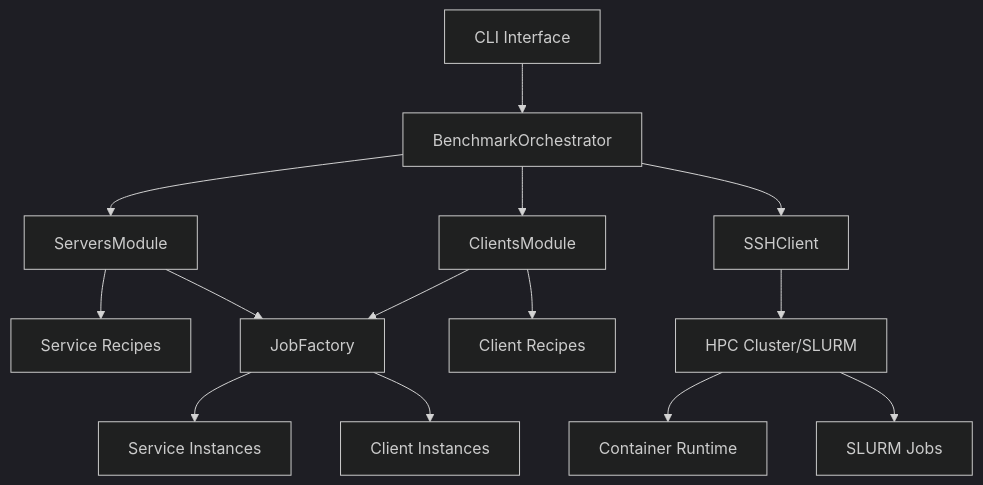
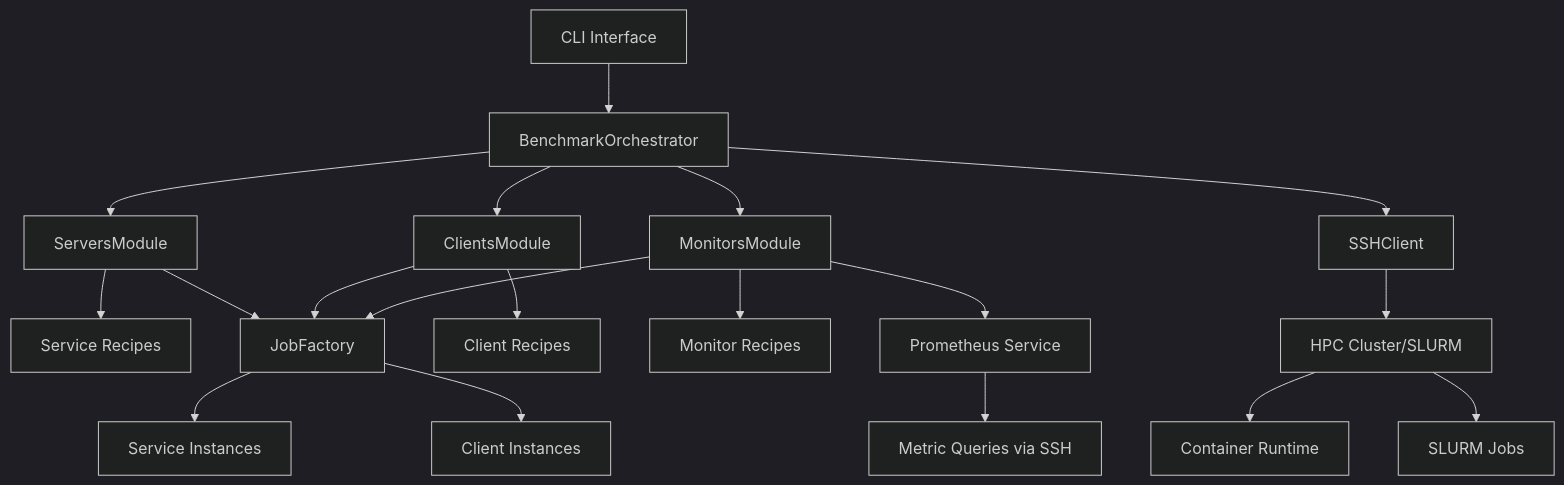
Before and after one commit to ChrisKarg/team10_EUMASTER4HPC2526_challenge: the first of 8 diagrams in docs/ARCHITECTURE_DOCUMENTATION.md, drawn with Mermaid (dark theme). The commit also changed other lines of this file and 11 other files, not shown here.

Commit message:
Added basic Prometheus service to monitor other services

````diff
--- a/docs/ARCHITECTURE_DOCUMENTATION.md
+++ b/docs/ARCHITECTURE_DOCUMENTATION.md
@@ -17,19 +13,25 @@
 ```mermaid
 graph TB
     CLI[CLI Interface] --> BO[BenchmarkOrchestrator]
     BO --> SM[ServersModule]
     BO --> CM[ClientsModule]
+    BO --> MM[MonitorsModule]
     BO --> SSH[SSHClient]
     
     SM --> YAML1[Service Recipes]
     SM --> JF[JobFactory]
     CM --> JF
     CM --> YAML2[Client Recipes]
+    MM --> JF
+    MM --> YAML3[Monitor Recipes]
     SSH --> HPC[HPC Cluster/SLURM]
     
     JF --> SRV[Service Instances]
     JF --> CLT[Client Instances]
     
     HPC --> CONT[Container Runtime]
     HPC --> JOBS[SLURM Jobs]
+    
+    MM --> PROM[Prometheus Service]
+    PROM --> METRICS[Metric Queries via SSH]
 ```
````
